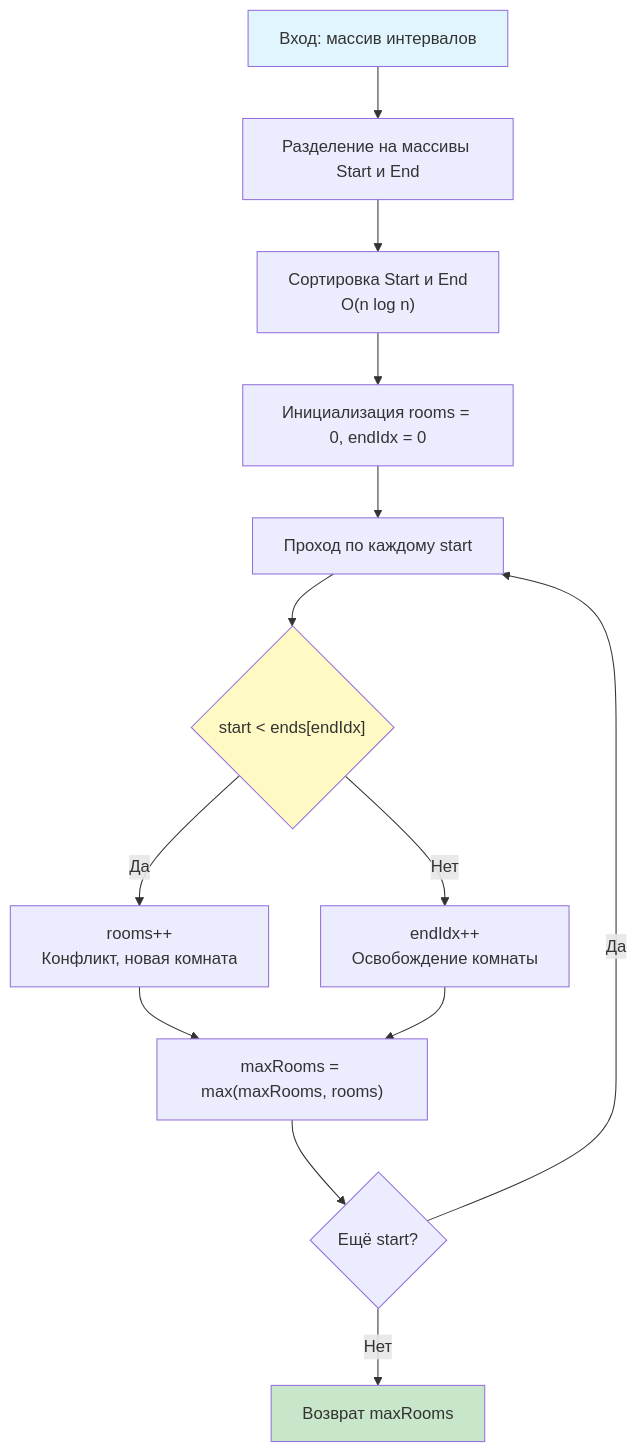
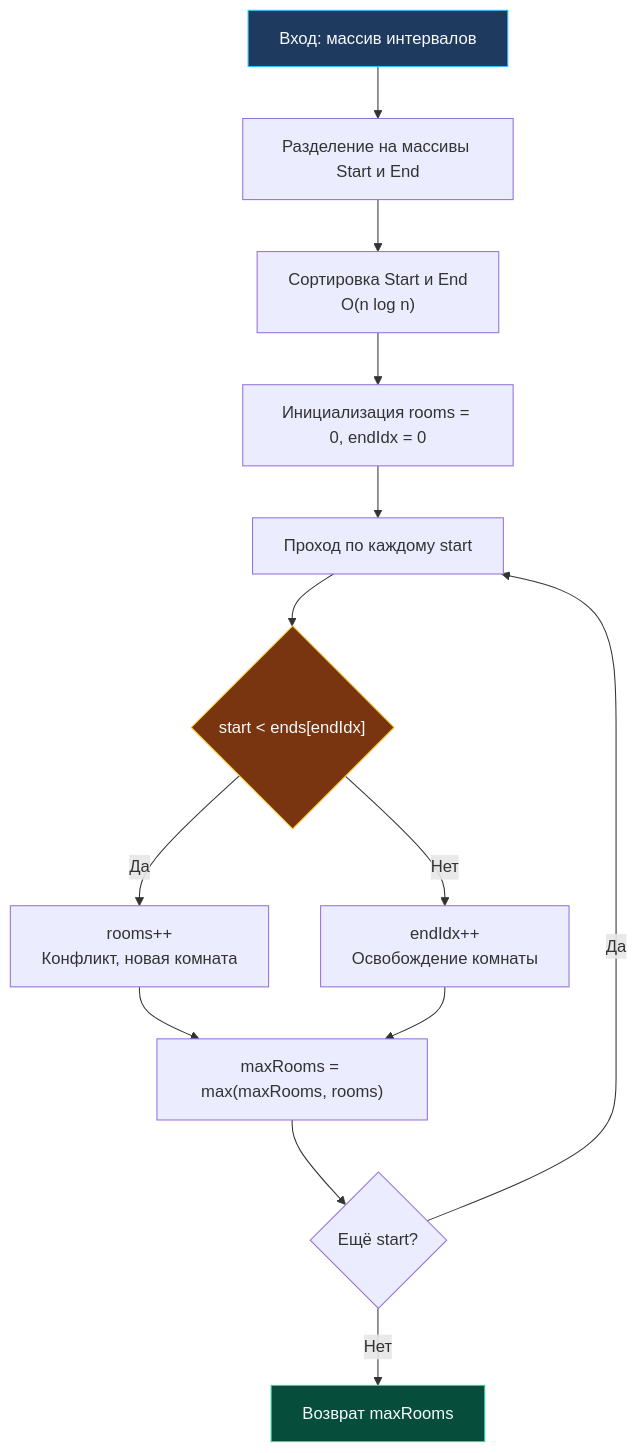
Before and after one commit to UnrealTemplier/go-textbook: the diagram in sources/21. Задачи с LeetCode и собеседований на Go/02. Задачи/23. Интервалы/7. Meeting Rooms II.md, drawn with Mermaid. The commit also changed 310 other files, not shown here.

First line of the commit message:
fix(mermaid): replace light fill colors with dark palette for readability on dark theme

````diff
--- a/sources/21. Задачи с LeetCode и собеседований на Go/02. Задачи/23. Интервалы/7. Meeting Rooms II.md
+++ b/sources/21. Задачи с LeetCode и собеседований на Go/02. Задачи/23. Интервалы/7. Meeting Rooms II.md
@@ -143,19 +143,19 @@
 ```mermaid
 flowchart TD
     Input["Вход: массив интервалов"] --> Split["Разделение на массивы Start и End"]
     Split --> SortS["Сортировка Start и End<br>O(n log n)"]
     SortS --> Init["Инициализация rooms = 0, endIdx = 0"]
     Init --> LoopS["Проход по каждому start"]
     LoopS --> CondS{"start < ends[endIdx]"}
     CondS -- "Да" --> Inc["rooms++<br>Конфликт, новая комната"]
     CondS -- "Нет" --> Dec["endIdx++<br>Освобождение комнаты"]
     Inc --> Track["maxRooms = max(maxRooms, rooms)"]
     Dec --> Track
     Track --> NextS{"Ещё start?"}
     NextS -- "Да" --> LoopS
     NextS -- "Нет" --> Res["Возврат maxRooms"]
     
-    style Input fill:#e1f5fe
-    style Res fill:#c8e6c9
-    style CondS fill:#fff9c4
+    style Input fill:#1e3a5f,stroke:#38bdf8,color:#f8fafc
+    style Res fill:#064e3b,stroke:#34d399,color:#f8fafc
+    style CondS fill:#78350f,stroke:#fbbf24,color:#f8fafc
 ```
````
